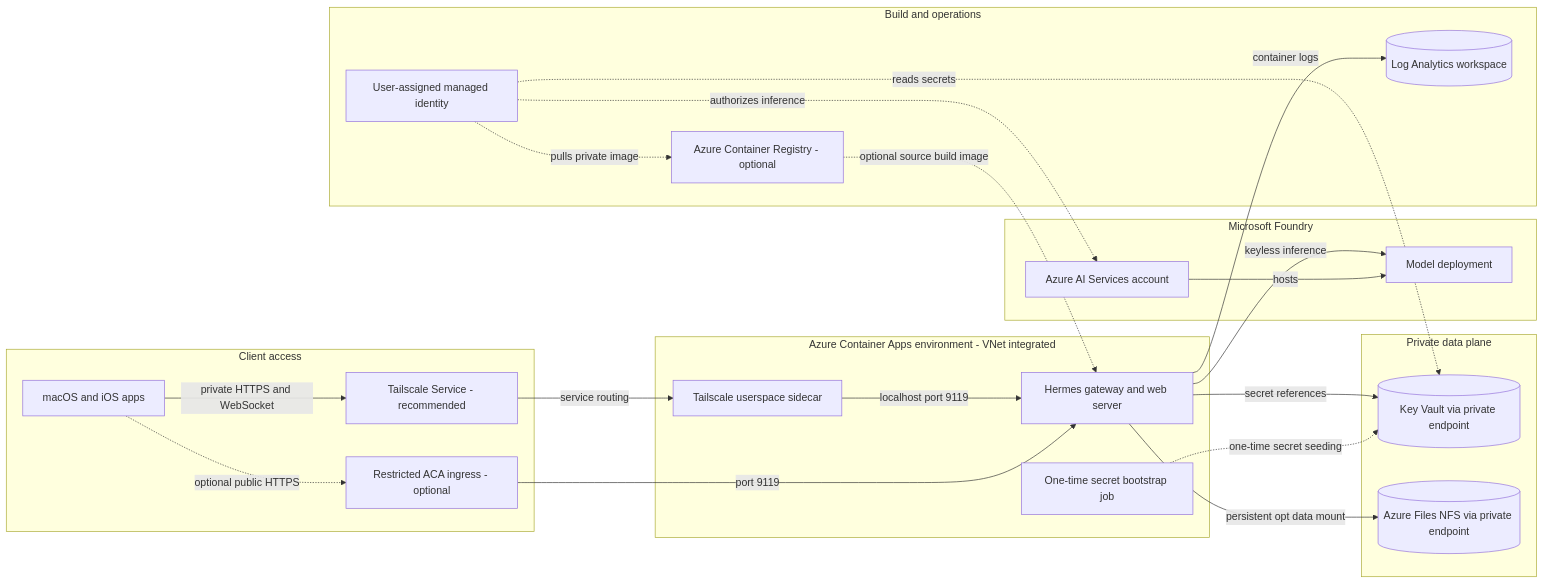
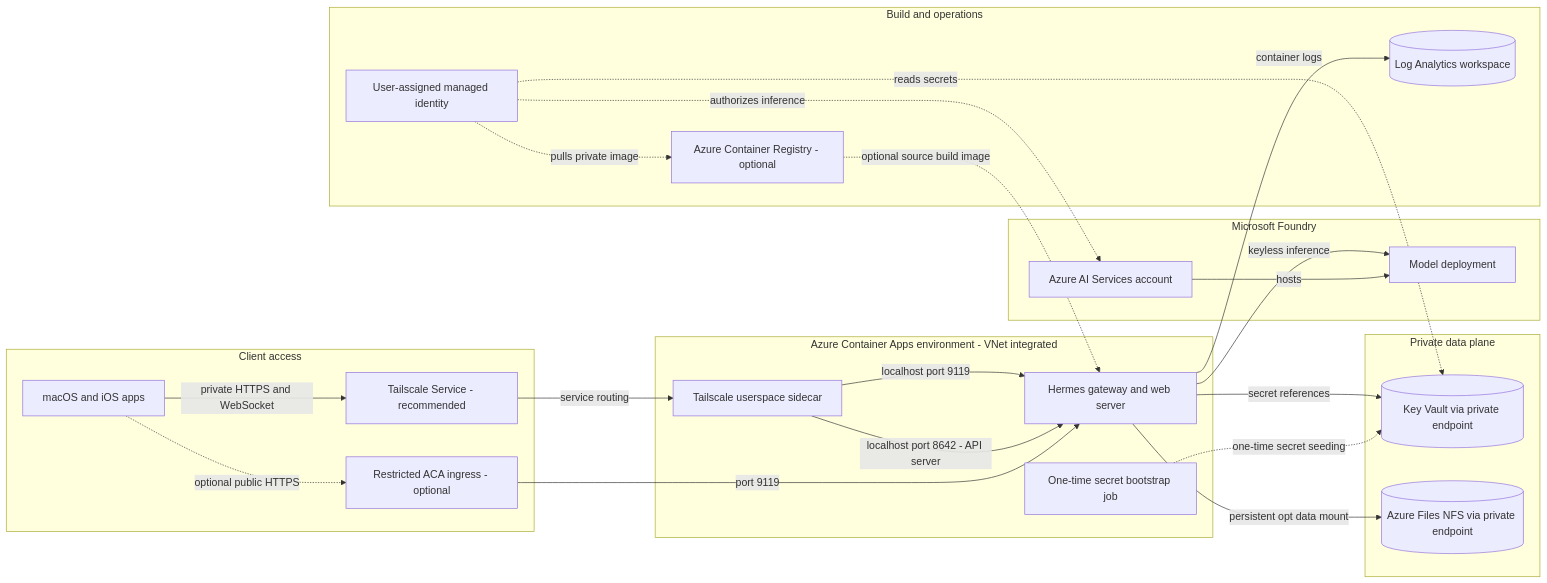
One commit to mikefelder/hermes-agent-azure changed the diagram in README.md. Above: the diagram before and after it, drawn with Mermaid. The commit also changed other lines of this file and 6 other files, not shown here.

First line of the commit message:
Publish the Hermes API server over Tailscale on port 8443

````diff
--- a/README.md
+++ b/README.md
@@ -38,46 +45,47 @@
 ```mermaid
 flowchart LR
   subgraph ClientAccess["Client access"]
     Clients["macOS and iOS apps"]
     Tailnet["Tailscale Service - recommended"]
     PublicIngress["Restricted ACA ingress - optional"]
   end
 
   subgraph ContainerApps["Azure Container Apps environment - VNet integrated"]
     Tailscale["Tailscale userspace sidecar"]
     Gateway["Hermes gateway and web server"]
     Bootstrap["One-time secret bootstrap job"]
   end
 
   subgraph PrivateServices["Private data plane"]
     KeyVault[("Key Vault via private endpoint")]
     FileShare[("Azure Files NFS via private endpoint")]
   end
 
   subgraph Inference["Microsoft Foundry"]
     Foundry["Azure AI Services account"]
     Model["Model deployment"]
   end
 
   subgraph Operations["Build and operations"]
     Identity["User-assigned managed identity"]
     Registry["Azure Container Registry - optional"]
     Logs[("Log Analytics workspace")]
   end
 
   Clients -->|"private HTTPS and WebSocket"| Tailnet
   Tailnet -->|"service routing"| Tailscale
   Tailscale -->|"localhost port 9119"| Gateway
+  Tailscale -->|"localhost port 8642 - API server"| Gateway
   Clients -.->|"optional public HTTPS"| PublicIngress
   PublicIngress -->|"port 9119"| Gateway
   Gateway -->|"keyless inference"| Model
   Foundry -->|"hosts"| Model
   Gateway -->|"secret references"| KeyVault
   Gateway -->|"persistent opt data mount"| FileShare
   Gateway -->|"container logs"| Logs
   Bootstrap -.->|"one-time secret seeding"| KeyVault
   Identity -.->|"authorizes inference"| Foundry
   Identity -.->|"reads secrets"| KeyVault
   Identity -.->|"pulls private image"| Registry
   Registry -.->|"optional source build image"| Gateway
 ```
````
